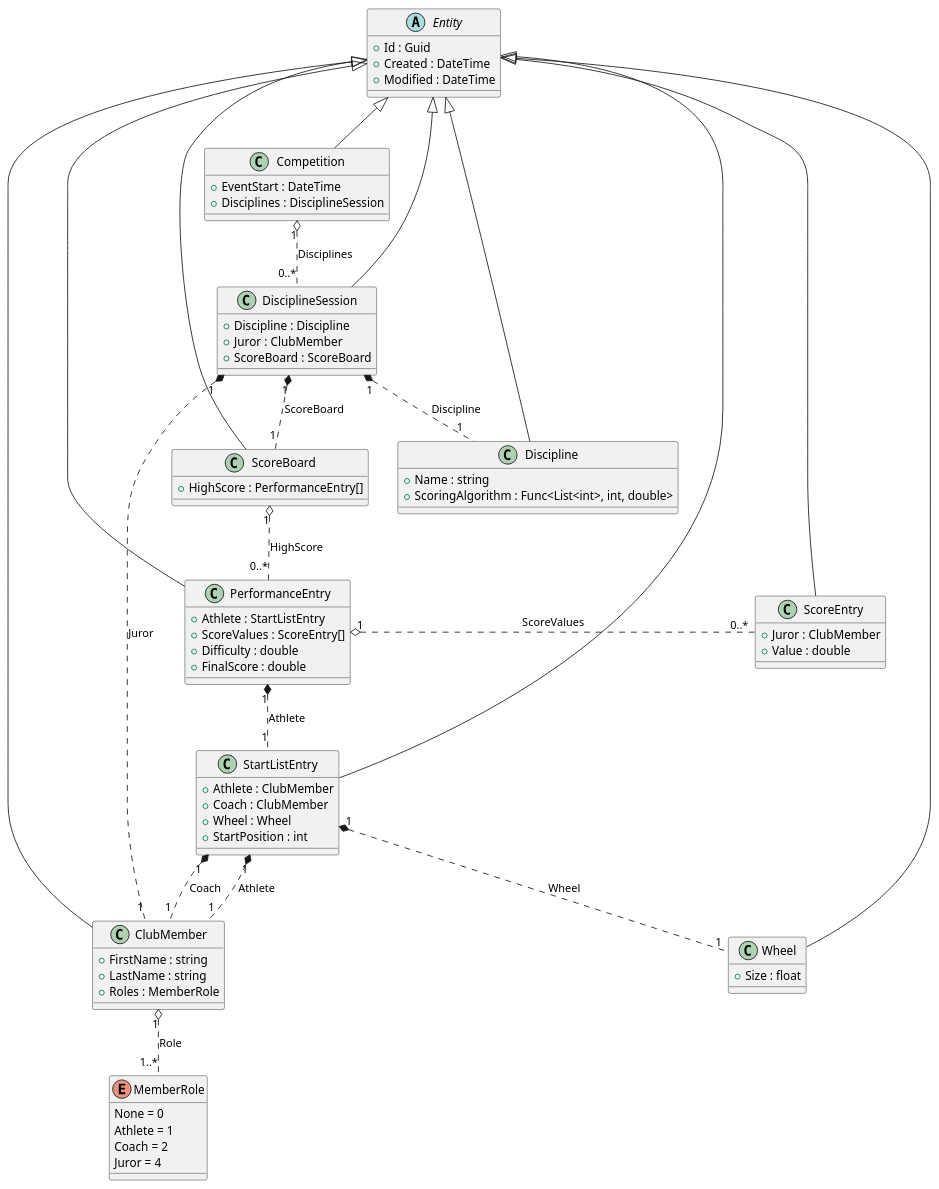
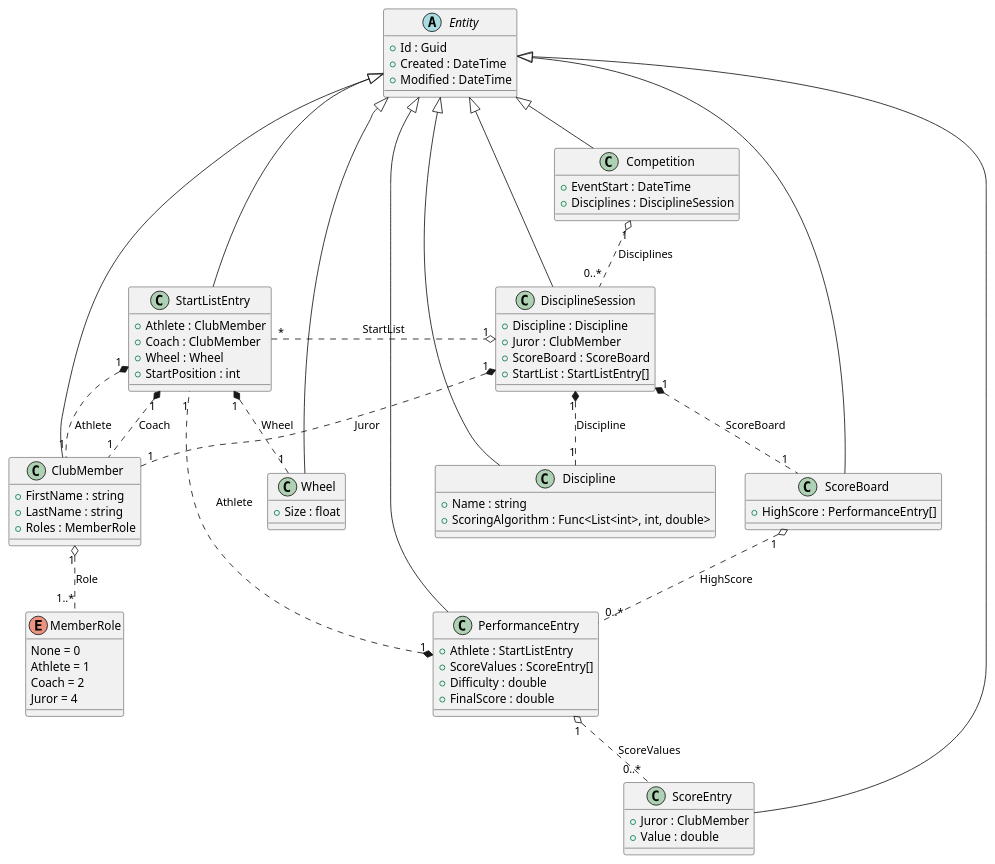
One commit to skr444/rhonayro changed the diagram in docs/architecture/resources/diagrams/domain_model_class_diagram.plantuml. Above: the diagram before and after it, drawn with PlantUML. The commit also changed 12 other files, not shown here.

```diff
--- a/docs/architecture/resources/diagrams/domain_model_class_diagram.plantuml
+++ b/docs/architecture/resources/diagrams/domain_model_class_diagram.plantuml
@@ -1,87 +1,89 @@
 @startuml
 
 abstract class Entity {
     + Id : Guid
     + Created : DateTime
     + Modified : DateTime
 }
 
 class Competition {
     + EventStart : DateTime
     + Disciplines : DisciplineSession
 }
 
 class ClubMember {
     + FirstName : string
     + LastName : string
     + Roles : MemberRole
 }
 
 enum MemberRole {
     None = 0
     Athlete = 1
     Coach = 2
     Juror = 4
 }
 
 class Discipline {
     + Name : string
     + ScoringAlgorithm : Func<List<int>, int, double>
 }
 
 class StartListEntry {
     + Athlete : ClubMember
     + Coach : ClubMember
     + Wheel : Wheel
     + StartPosition : int
 }
 
 class DisciplineSession {
     + Discipline : Discipline
     + Juror : ClubMember
     + ScoreBoard : ScoreBoard
+    + StartList : StartListEntry[]
 }
 
 class ScoreEntry {
     + Juror : ClubMember
     + Value : double
 }
 
 class PerformanceEntry {
     + Athlete : StartListEntry
     + ScoreValues : ScoreEntry[]
     + Difficulty : double
     + FinalScore : double
 }
 
 class ScoreBoard {
     + HighScore : PerformanceEntry[]
 }
 
 class Wheel {
     + Size : float
 }
 
 Entity <|-- Competition
 Entity <|-- DisciplineSession
 Entity <|-- Discipline
 Entity <|-- ScoreBoard
 Entity <|-- PerformanceEntry
 Entity <|-- StartListEntry
 Entity <|-- ClubMember
 Entity <|-- Wheel
 Entity <|-- ScoreEntry
 
 Competition "1" o.. "0..*" DisciplineSession : Disciplines
 ClubMember "1" o.. "1..*" MemberRole : Role
 StartListEntry "1" *.. "1" ClubMember : Athlete
 StartListEntry "1" *.. "1" ClubMember : Coach
 StartListEntry "1" *.. "1" Wheel : Wheel
 DisciplineSession "1" *.. "1" Discipline : Discipline
 DisciplineSession "1" *.. "1" ClubMember : Juror
 DisciplineSession "1" *.. "1" ScoreBoard : ScoreBoard
+DisciplineSession "1" o.left. "*" StartListEntry : StartList
 PerformanceEntry "1" *.. "1" StartListEntry : Athlete
-PerformanceEntry "1" o.right. "0..*" ScoreEntry : ScoreValues
+PerformanceEntry "1" o.. "0..*" ScoreEntry : ScoreValues
 ScoreBoard "1" o.. "0..*" PerformanceEntry : HighScore
 
 @enduml
```
